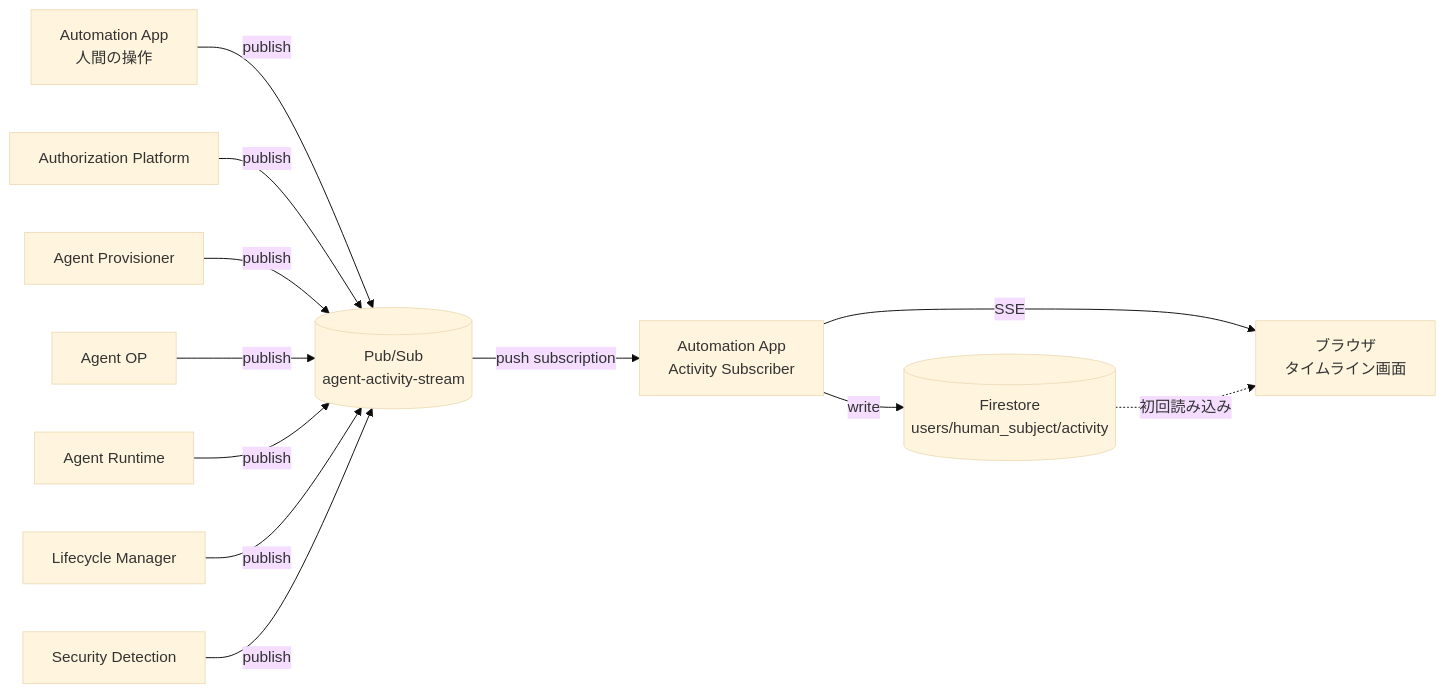
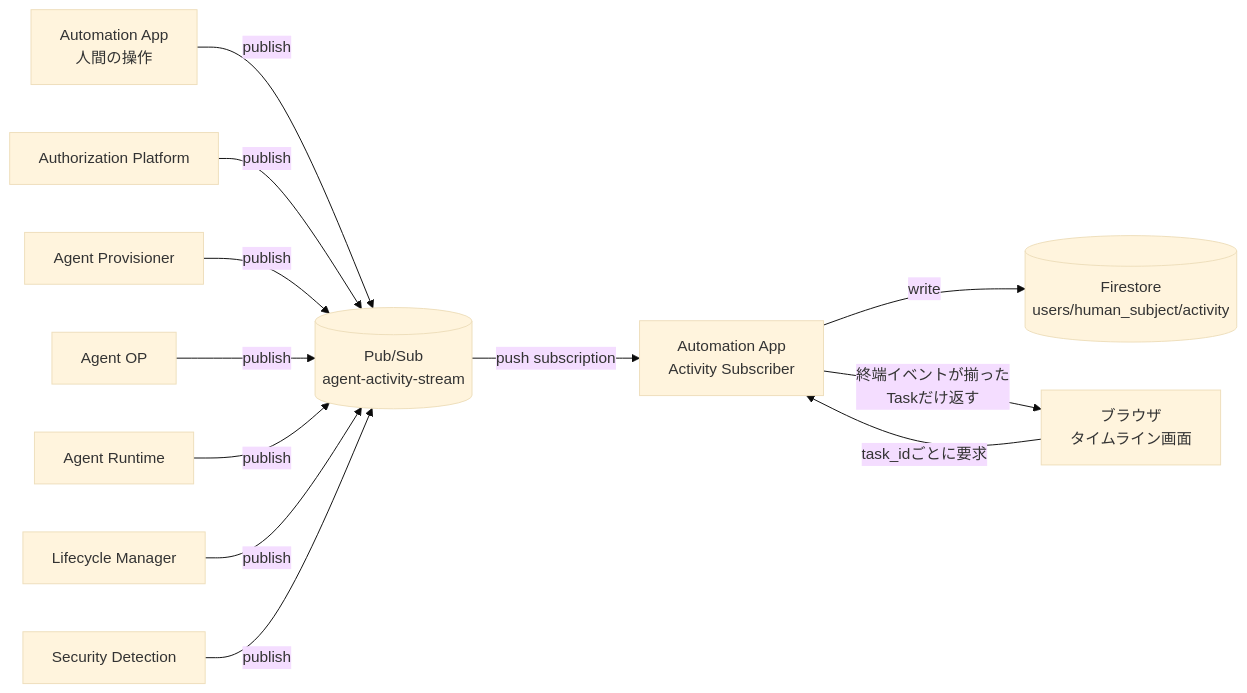
Before and after one commit to maronnjapan/agent-xaa-platform: the diagram in docs/11-activity-timeline.md, drawn with Mermaid (base theme). The commit also changed other lines of this file and 2 other files, not shown here.

````diff
--- a/docs/11-activity-timeline.md
+++ b/docs/11-activity-timeline.md
@@ -79,15 +96,15 @@
 ```mermaid
 flowchart LR
     H[Automation App<br/>人間の操作] -->|publish| TOPIC[(Pub/Sub<br/>agent-activity-stream)]
     AUTHZ[Authorization Platform] -->|publish| TOPIC
     PROV[Agent Provisioner] -->|publish| TOPIC
     OP[Agent OP] -->|publish| TOPIC
     RUN[Agent Runtime] -->|publish| TOPIC
     LIFE[Lifecycle Manager] -->|publish| TOPIC
     SEC[Security Detection] -->|publish| TOPIC
 
     TOPIC -->|push subscription| SUB[Automation App<br/>Activity Subscriber]
     SUB -->|write| FS[(Firestore<br/>users/human_subject/activity)]
-    SUB -->|SSE| BROWSER[ブラウザ<br/>タイムライン画面]
-    FS -.->|初回読み込み| BROWSER
+    BROWSER[ブラウザ<br/>タイムライン画面] -->|task_idごとに要求| SUB
+    SUB -->|終端イベントが揃った<br/>Taskだけ返す| BROWSER
 ```
````
